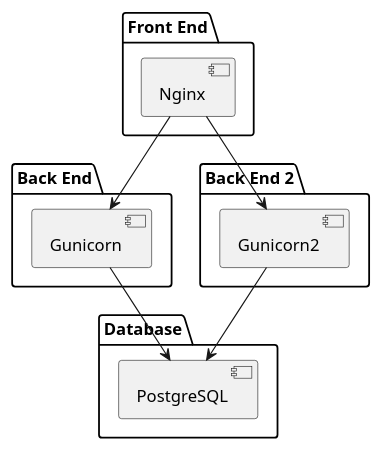
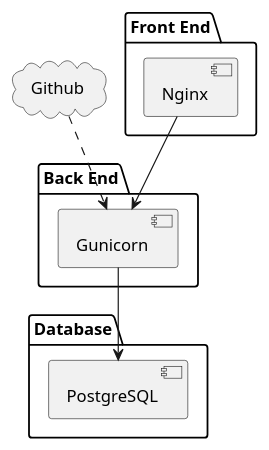
Before and after one commit to Kondziowy/data-analysis-workshop: the diagram in img/system-diagram.puml, drawn with PlantUML.

Commit message:
Missing agenda and extra column data

```diff
--- a/img/system-diagram.puml
+++ b/img/system-diagram.puml
@@ -1,18 +1,19 @@
 @startuml
+
+cloud Github
+
 package "Front End" {
   [Nginx]
 }
 
 package "Back End" {
   Nginx --> [Gunicorn]
 }
 
-package "Back End 2" {
-  Nginx --> [Gunicorn2]
+package "Database" { 
+Gunicorn --> [PostgreSQL]
 }
 
-package "Database" { 
-Gunicorn --> [PostgreSQL]
-Gunicorn2 --> [PostgreSQL]
-}
+Github ..> Gunicorn
+
 @enduml
```
